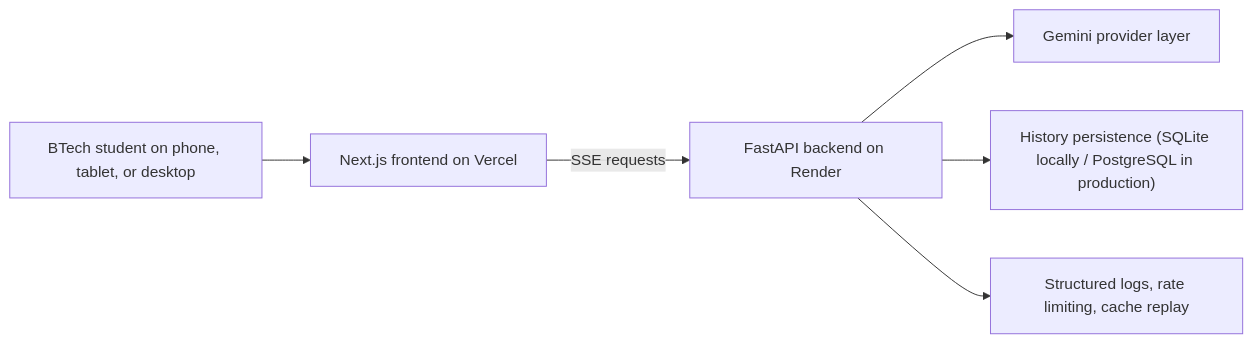
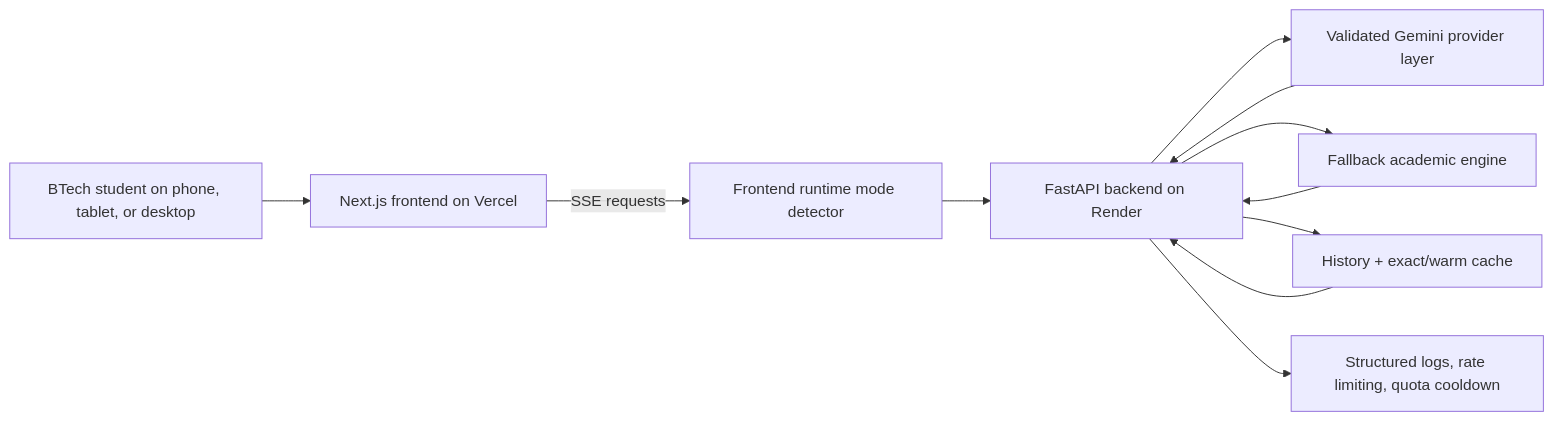
The diagram in README.md (tauqxxr7/scholr), drawn with Mermaid before and after one commit. The commit also changed other lines of this file and 3 other files, not shown here.

Commit message:
Document Scholr provider resilience and fallback academic mode

````diff
--- a/README.md
+++ b/README.md
@@ -187,8 +199,13 @@
 ```mermaid
 flowchart LR
     U["BTech student on phone, tablet, or desktop"] --> F["Next.js frontend on Vercel"]
-    F -->|"SSE requests"| B["FastAPI backend on Render"]
-    B --> G["Gemini provider layer"]
-    B --> D["History persistence (SQLite locally / PostgreSQL in production)"]
-    B --> O["Structured logs, rate limiting, cache replay"]
+    F -->|"SSE requests"| R["Frontend runtime mode detector"]
+    R --> B["FastAPI backend on Render"]
+    B --> P["Validated Gemini provider layer"]
+    B --> X["Fallback academic engine"]
+    B --> C["History + exact/warm cache"]
+    B --> O["Structured logs, rate limiting, quota cooldown"]
+    P --> B
+    X --> B
+    C --> B
 ```
````
